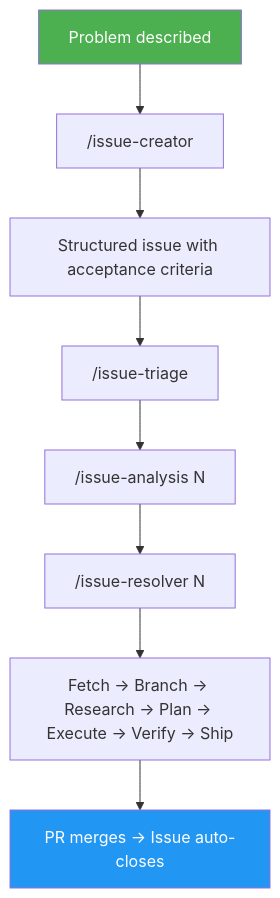
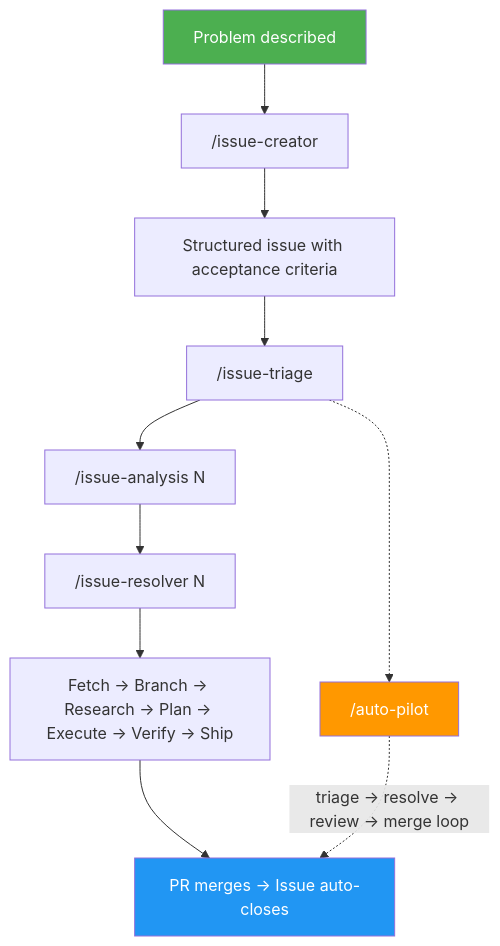
One commit to luongnv89/idd changed the second of 2 diagrams in README.md. Above: the diagram before and after it, drawn with Mermaid. The commit also changed other lines of this file and 1 other file, not shown here.

First line of the commit message:
docs(readme): add auto-pilot skill and v0.3.0 changelog updates

````diff
--- a/README.md
+++ b/README.md
@@ -180,13 +206,16 @@
 ```mermaid
 graph TD
     A["Problem described"] --> B["/issue-creator"]
     B --> C["Structured issue with acceptance criteria"]
     C --> D["/issue-triage"]
     D --> E["/issue-analysis N"]
     E --> F["/issue-resolver N"]
     F --> G["Fetch → Branch → Research → Plan → Execute → Verify → Ship"]
     G --> H["PR merges → Issue auto-closes"]
+    D -.-> I["/auto-pilot"]
+    I -.-> |"triage → resolve → review → merge loop"| H
 
     style A fill:#4CAF50,color:#fff
     style H fill:#2196F3,color:#fff
+    style I fill:#FF9800,color:#fff
 ```
````
